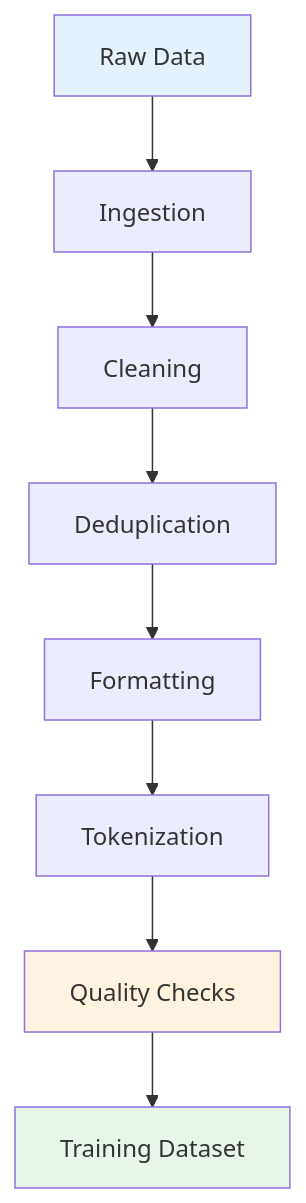
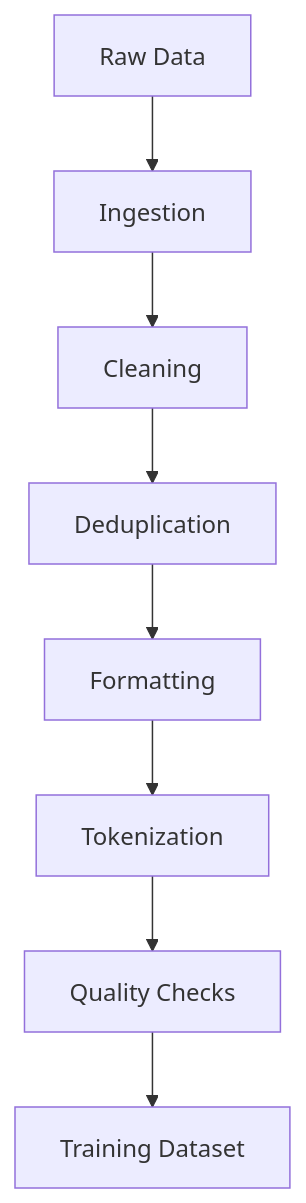
The third of 3 diagrams in content/Concepts/dataset-creation-llm.md (xdflatline/quartz), drawn with Mermaid before and after one commit. The commit also changed other lines of this file and 6 other files, not shown here.

````diff
--- a/content/Concepts/dataset-creation-llm.md
+++ b/content/Concepts/dataset-creation-llm.md
@@ -172,14 +166,11 @@
 ```mermaid
 graph TD
     A[Raw Data] --> B[Ingestion]
     B --> C[Cleaning]
     C --> D[Deduplication]
     D --> E[Formatting]
     E --> F[Tokenization]
     F --> G[Quality Checks]
     G --> H[Training Dataset]
     
-    style A fill:#e3f2fd
-    style H fill:#e8f5e9
-    style G fill:#fff3e0
 ```
````
